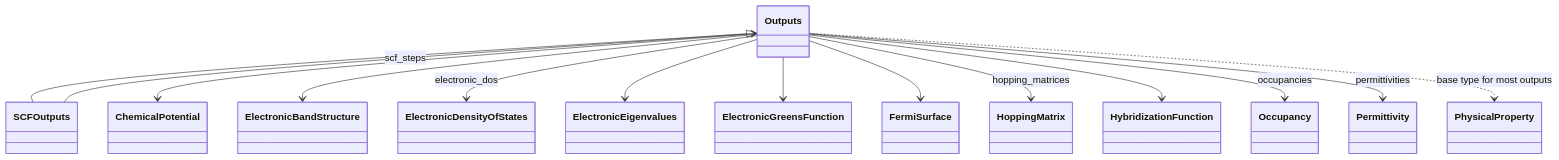
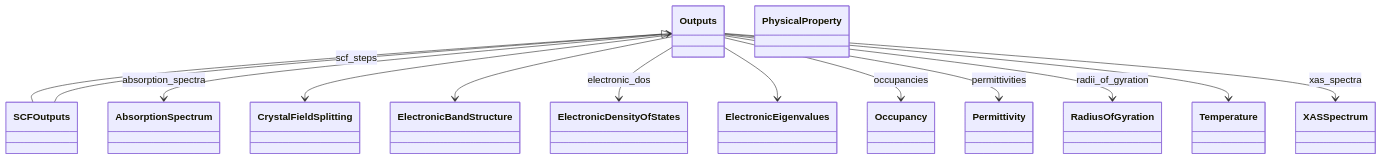
One commit to FAIRmat-NFDI/nomad-simulations changed the second of 2 diagrams in docs/schema/outputs.diagram.md. Above: the diagram before and after it, drawn with Mermaid. The commit also changed 11 other files, not shown here.

````diff
--- a/docs/schema/outputs.diagram.md
+++ b/docs/schema/outputs.diagram.md
@@ -70,42 +68,41 @@
 ```mermaid
 classDiagram
-    class ChemicalPotential {
+    class AbsorptionSpectrum {
+    }
+    class CrystalFieldSplitting {
     }
     class ElectronicBandStructure {
     }
     class ElectronicDensityOfStates {
     }
     class ElectronicEigenvalues {
-    }
-    class ElectronicGreensFunction {
-    }
-    class FermiSurface {
-    }
-    class HoppingMatrix {
-    }
-    class HybridizationFunction {
     }
     class Occupancy {
     }
     class Outputs {
     }
     class Permittivity {
     }
     class PhysicalProperty {
     }
+    class RadiusOfGyration {
+    }
     class SCFOutputs {
     }
+    class Temperature {
+    }
+    class XASSpectrum {
+    }
     Outputs <|-- SCFOutputs
-    Outputs --> ChemicalPotential
+    Outputs --> AbsorptionSpectrum : absorption_spectra
+    Outputs --> CrystalFieldSplitting
     Outputs --> ElectronicBandStructure
     Outputs --> ElectronicDensityOfStates : electronic_dos
     Outputs --> ElectronicEigenvalues
-    Outputs --> ElectronicGreensFunction
-    Outputs --> FermiSurface
-    Outputs --> HoppingMatrix : hopping_matrices
-    Outputs --> HybridizationFunction
     Outputs --> Occupancy : occupancies
     Outputs --> Permittivity : permittivities
+    Outputs --> RadiusOfGyration : radii_of_gyration
+    Outputs --> Temperature
+    Outputs --> XASSpectrum : xas_spectra
     SCFOutputs --> Outputs : scf_steps
-    Outputs ..> PhysicalProperty : base type for most outputs
 ```
````
